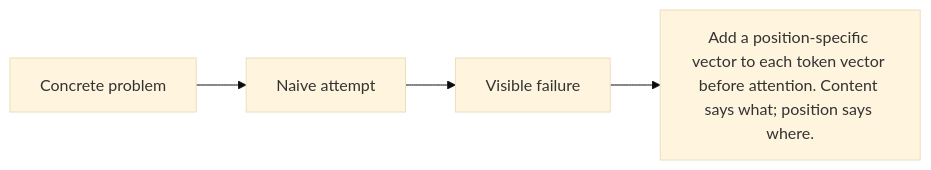
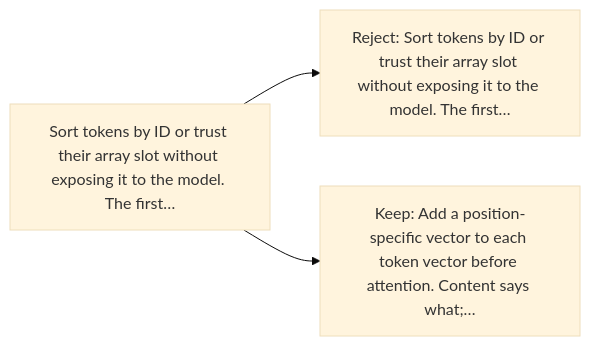
Before and after one commit to kleem-labs/AI-Archaeology: the diagram in excavations/038-position/diagram.md, drawn with Mermaid (base theme). The commit also changed other lines of this file and 288 other files, not shown here.

````diff
--- a/excavations/038-position/diagram.md
+++ b/excavations/038-position/diagram.md
@@ -3,4 +5,5 @@
-~~~mermaid
+```mermaid
 flowchart LR
- A[Concrete problem] --> B[Naive attempt] --> C[Visible failure] --> D["Add a position-specific vector to each token vector before attention. Content says what; position says where."]
-~~~
+    B["Sort tokens by ID or trust their array slot without exposing it to the model. The first…"] --> A["Reject: Sort tokens by ID or trust their array slot without exposing it to the model. The first…"]
+    B --> C["Keep: Add a position-specific vector to each token vector before attention. Content says what;…"]
+```
````
